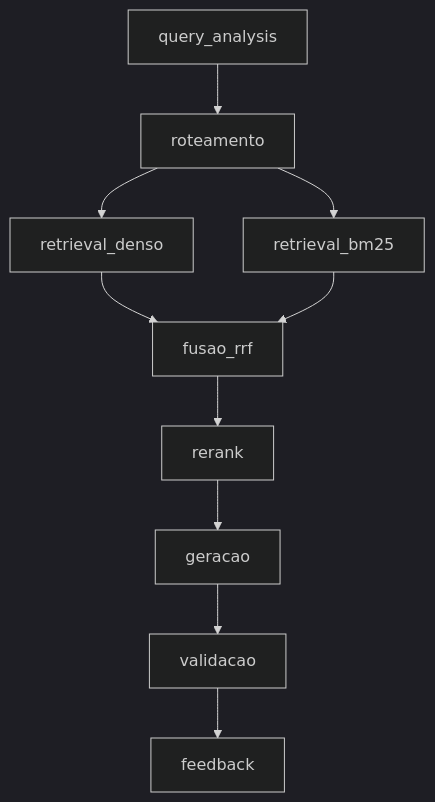
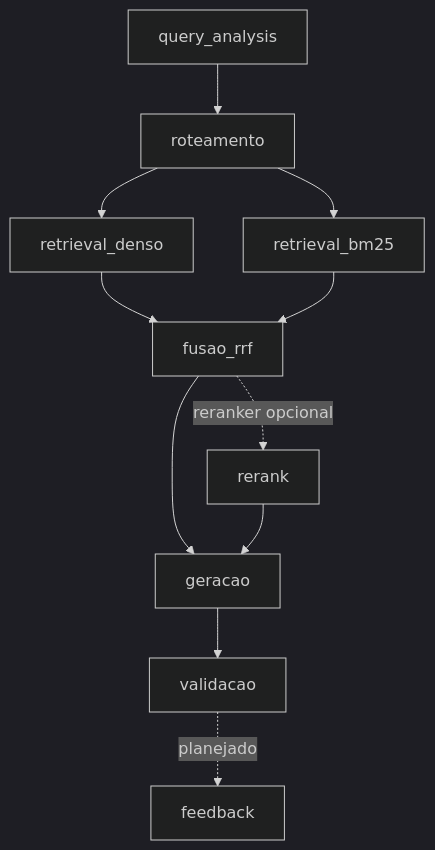
The diagram in ARQUITETURA.md (Diogooliveira10/rag-grande-desafio-grupo04-cenario01), drawn with Mermaid (dark theme) before and after one commit. The commit also changed other lines of this file, not shown here.

````diff
--- a/ARQUITETURA.md
+++ b/ARQUITETURA.md
@@ -27,12 +27,13 @@
 ```mermaid
 flowchart TD
     A[query_analysis] --> B[roteamento]
     B --> C[retrieval_denso]
     B --> D[retrieval_bm25]
     C --> E[fusao_rrf]
     D --> E
-    E --> F[rerank]
-    F --> G[geracao]
+    E -. reranker opcional .-> F[rerank]
+    E --> G[geracao]
+    F --> G
     G --> H[validacao]
-    H --> I[feedback]
+    H -. planejado .-> I[feedback]
 ```
````
